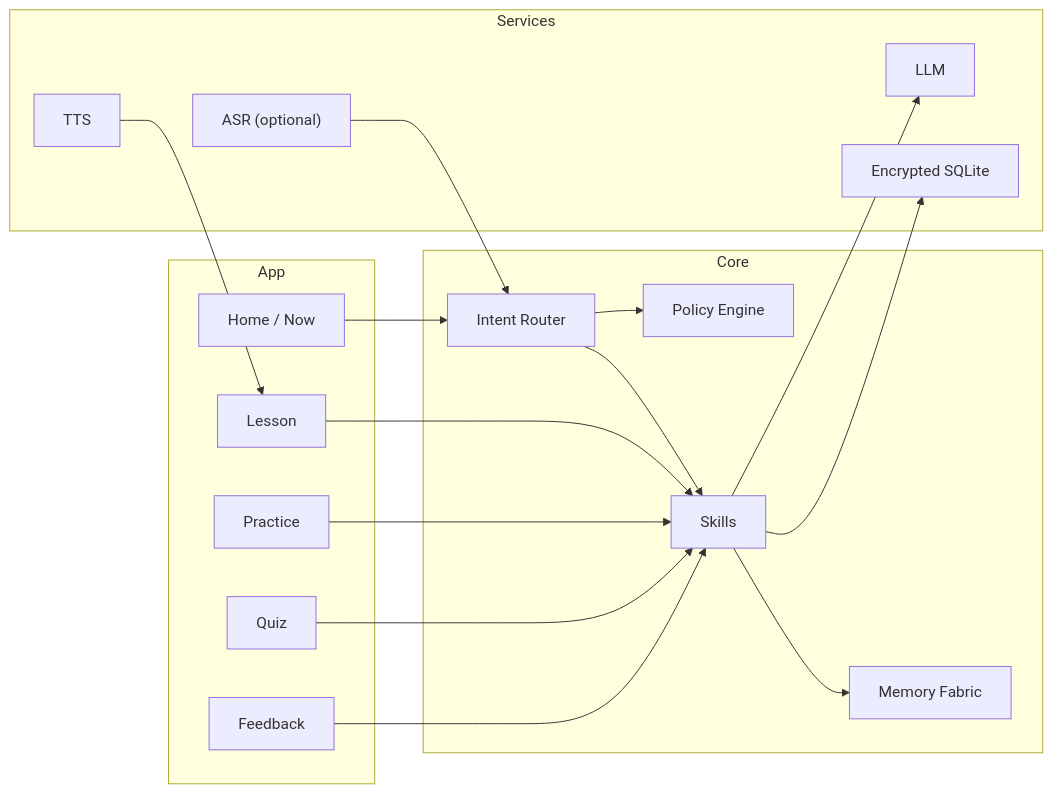
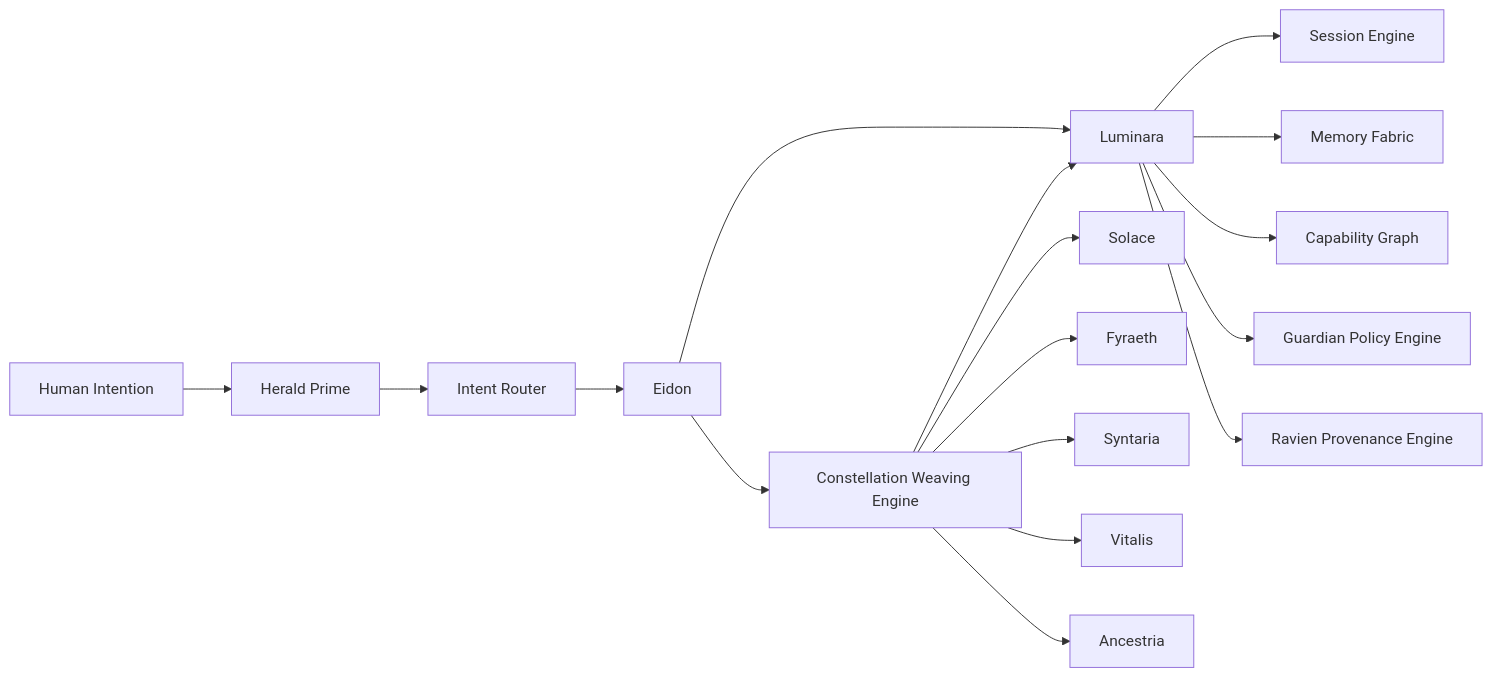
One commit to S1ngularD2ality/eidonic-language-elol changed the diagram in docs/ekrps/luminara/README.md. Above: the diagram before and after it, drawn with Mermaid. The commit also changed other lines of this file, not shown here.

First line of the commit message:
Revise Luminara README for clarity and updates

````diff
--- a/docs/ekrps/luminara/README.md
+++ b/docs/ekrps/luminara/README.md
@@ -72,36 +206,22 @@
 ```mermaid
 flowchart LR
-  subgraph App
-    H["Home / Now"]
-    LSN["Lesson"]
-    PR["Practice"]
-    QZ["Quiz"]
-    FB["Feedback"]
-  end
+  U["Human Intention"] --> HP["Herald Prime"]
+  HP --> IR["Intent Router"]
+  IR --> E["Eidon"]
+  E --> L["Luminara"]
+  E --> CW["Constellation Weaving Engine"]
 
-  subgraph Core
-    IR["Intent Router"]
-    SK["Skills"]
-    MF["Memory Fabric"]
-    PE["Policy Engine"]
-  end
+  L --> SE["Session Engine"]
+  L --> MF["Memory Fabric"]
+  L --> CG["Capability Graph"]
+  L --> GPE["Guardian Policy Engine"]
 
-  subgraph Services
-    ASR["ASR (optional)"]
-    TTS["TTS"]
-    LLM["LLM"]
-    DB["Encrypted SQLite"]
-  end
+  CW --> L
+  CW --> S["Solace"]
+  CW --> F["Fyraeth"]
+  CW --> SY["Syntaria"]
+  CW --> V["Vitalis"]
+  CW --> A["Ancestria"]
 
-  H --> IR --> SK
-  LSN --> SK
-  PR --> SK
-  QZ --> SK
-  FB --> SK
-  SK --> MF
-  IR --> PE
-  TTS --> LSN
-  SK --> DB
-  SK --> LLM
-  ASR --> IR
+  L --> RPE["Ravien Provenance Engine"]
 ```
````
